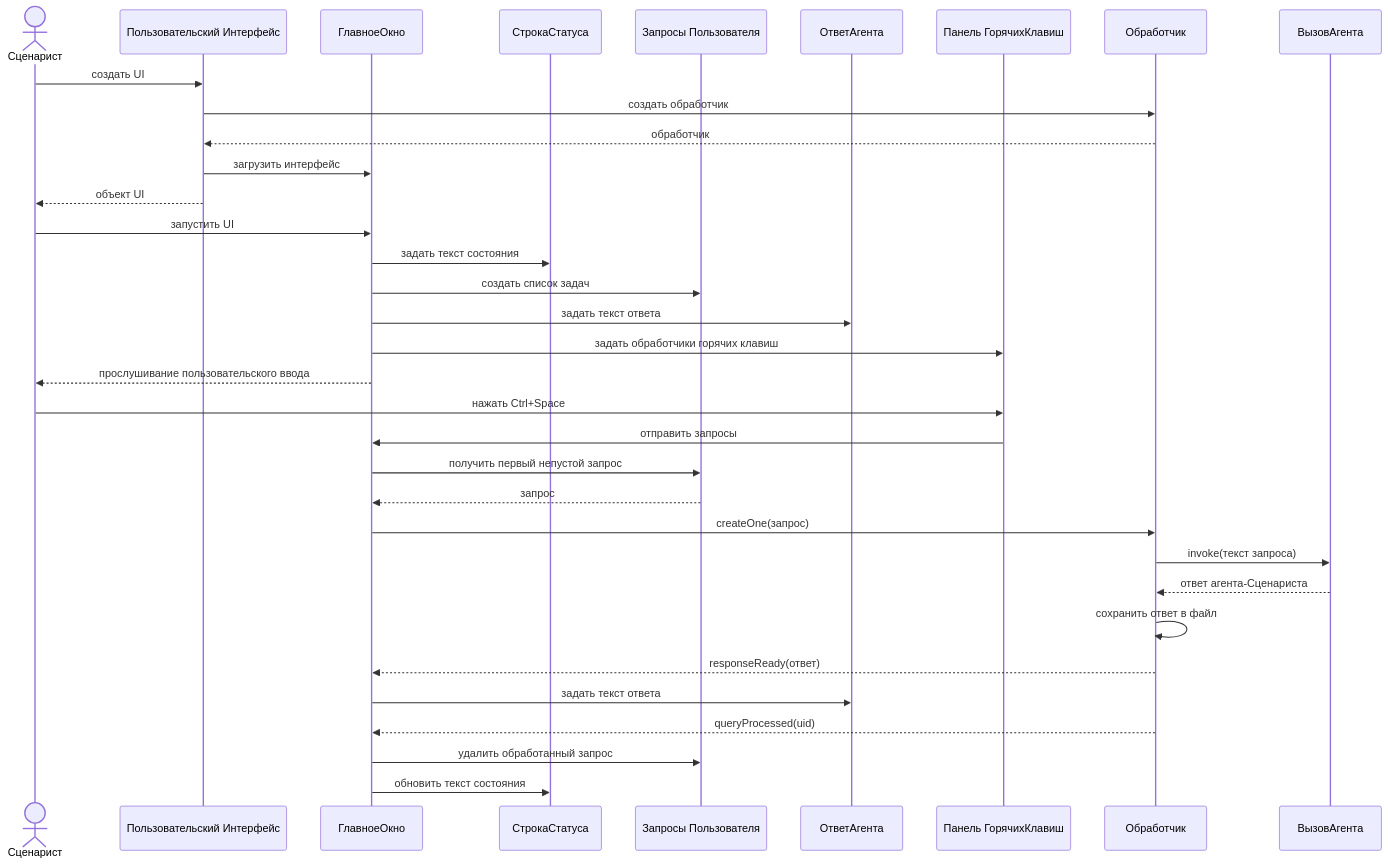
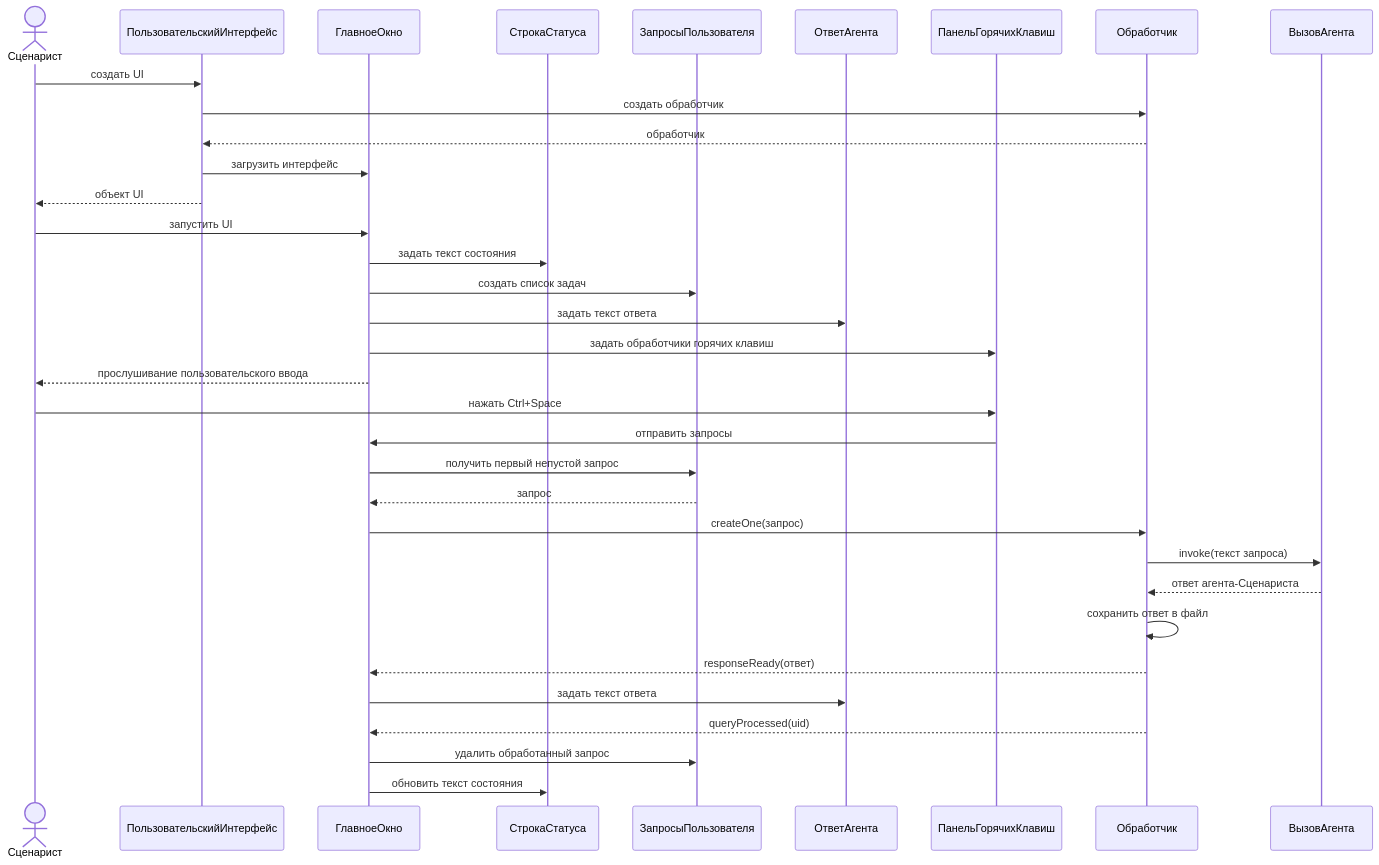
One commit to CHSU-scenarAIst/diagrammy changed the first of 3 diagrams in Пакет Интерфейс пользователя/2. Диаграмма последовательностей взаимодействия объектов классов пакета.md. Above: the diagram before and after it, drawn with Mermaid. The commit also changed other lines of this file and 3 other files, not shown here.

````diff
--- a/Пакет Интерфейс пользователя/2. Диаграмма последовательностей взаимодействия объектов классов пакета.md
+++ b/Пакет Интерфейс пользователя/2. Диаграмма последовательностей взаимодействия объектов классов пакета.md
@@ -16,39 +16,39 @@
 ```mermaid
 sequenceDiagram
     actor Сценарист
-    participant Пользовательский Интерфейс
+    participant ПользовательскийИнтерфейс
     participant ГлавноеОкно
     participant СтрокаСтатуса
-    participant Запросы Пользователя
+    participant ЗапросыПользователя
     participant ОтветАгента
-    participant Панель ГорячихКлавиш
+    participant ПанельГорячихКлавиш
     participant Обработчик
     participant ВызовАгента
 
-    Сценарист->>Пользовательский Интерфейс: создать UI
-	Пользовательский Интерфейс->>Обработчик: создать обработчик
-	Обработчик-->>Пользовательский Интерфейс: обработчик
-	Пользовательский Интерфейс->>ГлавноеОкно: загрузить интерфейс
-	Пользовательский Интерфейс-->>Сценарист: объект UI
+    Сценарист->>ПользовательскийИнтерфейс: создать UI
+	ПользовательскийИнтерфейс->>Обработчик: создать обработчик
+	Обработчик-->>ПользовательскийИнтерфейс: обработчик
+	ПользовательскийИнтерфейс->>ГлавноеОкно: загрузить интерфейс
+	ПользовательскийИнтерфейс-->>Сценарист: объект UI
     Сценарист->>ГлавноеОкно: запустить UI
 
     ГлавноеОкно->>СтрокаСтатуса: задать текст состояния
-    ГлавноеОкно->>Запросы Пользователя: создать список задач
+    ГлавноеОкно->>ЗапросыПользователя: создать список задач
     ГлавноеОкно->>ОтветАгента: задать текст ответа
-    ГлавноеОкно->>Панель ГорячихКлавиш: задать обработчики горячих клавиш
+    ГлавноеОкно->>ПанельГорячихКлавиш: задать обработчики горячих клавиш
     ГлавноеОкно-->>Сценарист: прослушивание пользовательского ввода
 
-    Сценарист->>Панель ГорячихКлавиш: нажать Ctrl+Space
-    Панель ГорячихКлавиш->>ГлавноеОкно: отправить запросы
-    ГлавноеОкно->>Запросы Пользователя: получить первый непустой запрос
-    Запросы Пользователя-->>ГлавноеОкно: запрос
+    Сценарист->>ПанельГорячихКлавиш: нажать Ctrl+Space
+    ПанельГорячихКлавиш->>ГлавноеОкно: отправить запросы
+    ГлавноеОкно->>ЗапросыПользователя: получить первый непустой запрос
+    ЗапросыПользователя-->>ГлавноеОкно: запрос
     ГлавноеОкно->>Обработчик: createOne(запрос)
     Обработчик->>ВызовАгента: invoke(текст запроса)
     ВызовАгента-->>Обработчик: ответ агента-Сценариста
     Обработчик->>Обработчик: сохранить ответ в файл
     Обработчик-->>ГлавноеОкно: responseReady(ответ)
     ГлавноеОкно->>ОтветАгента: задать текст ответа
     Обработчик-->>ГлавноеОкно: queryProcessed(uid)
-    ГлавноеОкно->>Запросы Пользователя: удалить обработанный запрос
+    ГлавноеОкно->>ЗапросыПользователя: удалить обработанный запрос
     ГлавноеОкно->>СтрокаСтатуса: обновить текст состояния
 ```
````
